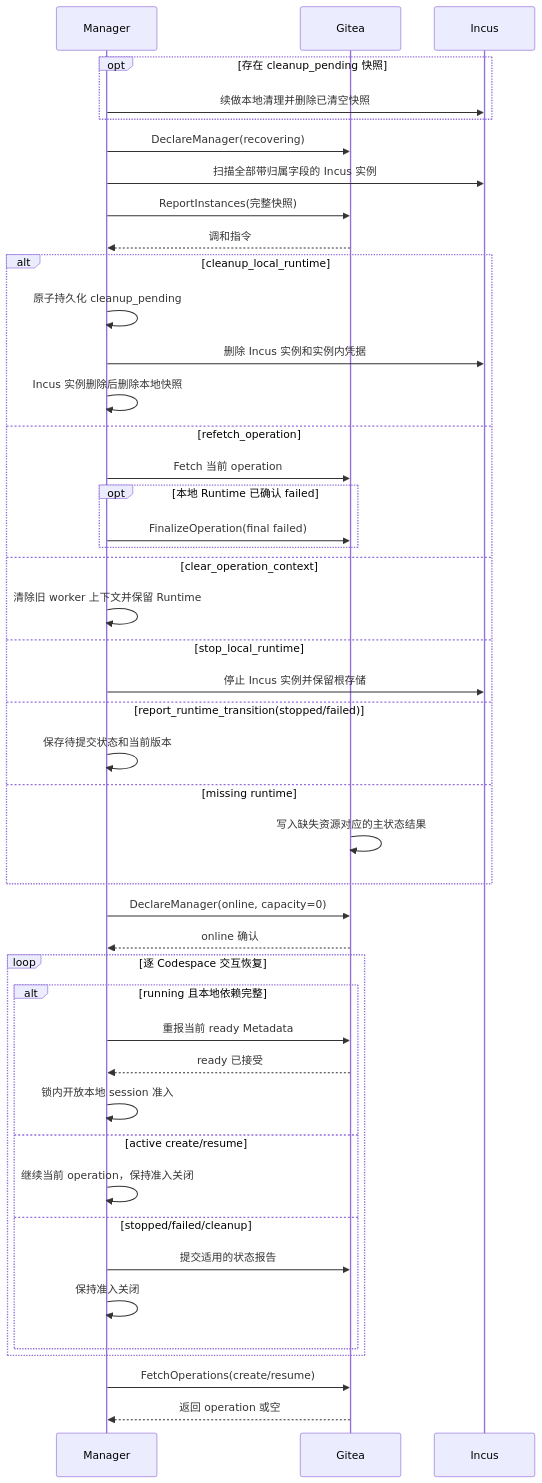
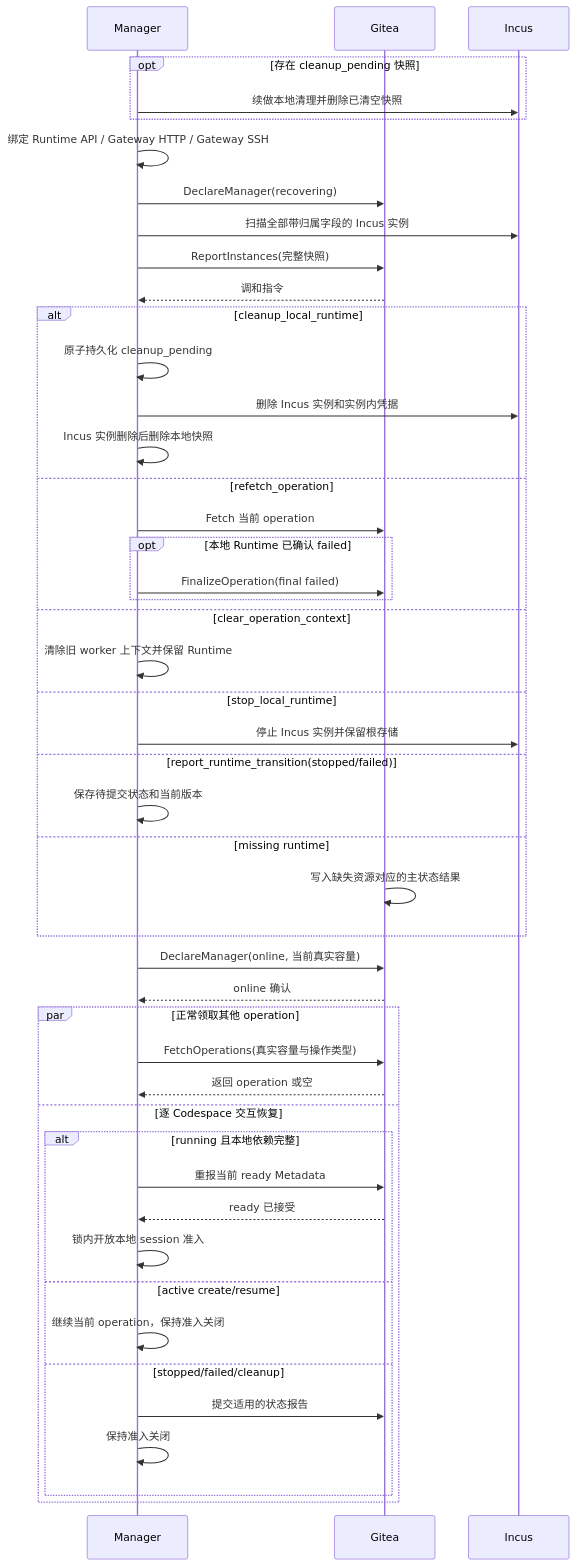
Before and after one commit to ExplodingDragon/gitea-dev: the diagram in src/maintenance-recovery.md, drawn with Mermaid. The commit also changed other lines of this file and 11 other files, not shown here.

Commit message:
docs: refine codespace runtime design

````diff
--- a/src/maintenance-recovery.md
+++ b/src/maintenance-recovery.md
@@ -111,48 +112,50 @@
 ```mermaid
 sequenceDiagram
     participant M as Manager
     participant G as Gitea
     participant B as Incus
 
     opt 存在 cleanup_pending 快照
         M->>B: 续做本地清理并删除已清空快照
     end
+    M->>M: 绑定 Runtime API / Gateway HTTP / Gateway SSH
     M->>G: DeclareManager(recovering)
     M->>B: 扫描全部带归属字段的 Incus 实例
     M->>G: ReportInstances(完整快照)
     G-->>M: 调和指令
     alt cleanup_local_runtime
         M->>M: 原子持久化 cleanup_pending
         M->>B: 删除 Incus 实例和实例内凭据
         M->>M: Incus 实例删除后删除本地快照
     else refetch_operation
         M->>G: Fetch 当前 operation
         opt 本地 Runtime 已确认 failed
             M->>G: FinalizeOperation(final failed)
         end
     else clear_operation_context
         M->>M: 清除旧 worker 上下文并保留 Runtime
     else stop_local_runtime
         M->>B: 停止 Incus 实例并保留根存储
     else report_runtime_transition(stopped/failed)
         M->>M: 保存待提交状态和当前版本
     else missing runtime
         G->>G: 写入缺失资源对应的主状态结果
     end
-    M->>G: DeclareManager(online, capacity=0)
+    M->>G: DeclareManager(online, 当前真实容量)
     G-->>M: online 确认
-    loop 逐 Codespace 交互恢复
+    par 正常领取其他 operation
+        M->>G: FetchOperations(真实容量与操作类型)
+        G-->>M: 返回 operation 或空
+    and 逐 Codespace 交互恢复
         alt running 且本地依赖完整
             M->>G: 重报当前 ready Metadata
             G-->>M: ready 已接受
             M->>M: 锁内开放本地 session 准入
         else active create/resume
             M->>M: 继续当前 operation，保持准入关闭
         else stopped/failed/cleanup
             M->>G: 提交适用的状态报告
             M->>M: 保持准入关闭
         end
     end
-    M->>G: FetchOperations(create/resume)
-    G-->>M: 返回 operation 或空
 ```
````
